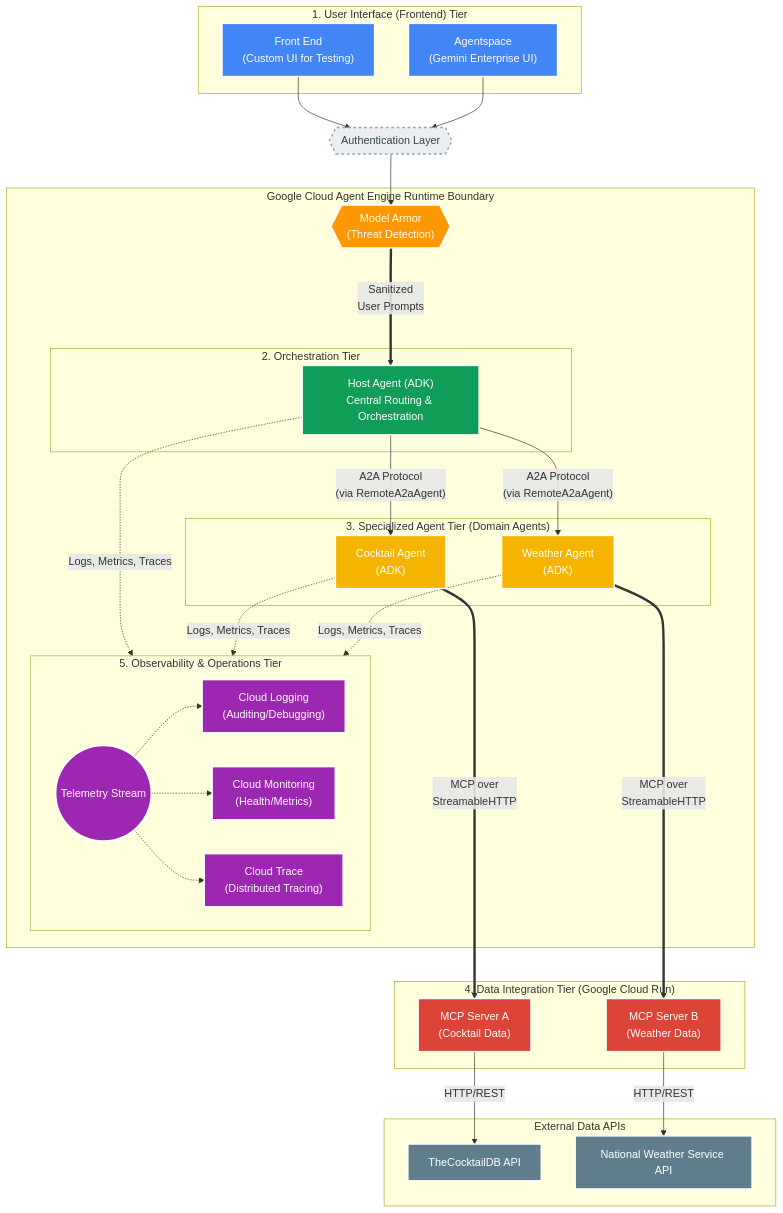
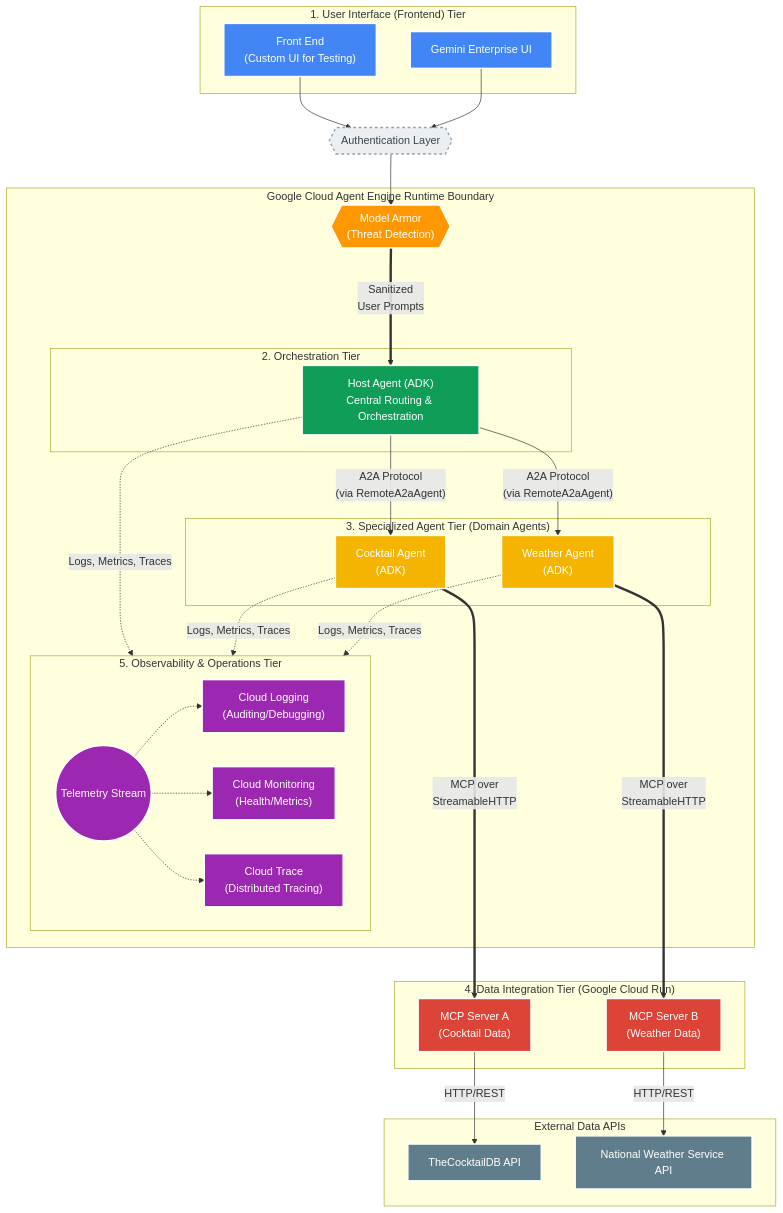
Before and after one commit to wadave/a2a-multiagent-ge-cicd: the diagram in README.md, drawn with Mermaid. The commit also changed other lines of this file and 1 other file, not shown here.

Commit message:
chore: change agentspace to gemini enterprise in md files

````diff
--- a/README.md
+++ b/README.md
@@ -80,81 +80,81 @@
 ```mermaid
 graph TD
     %% Define Styles & Colors
     classDef ui fill:#4285F4,stroke:#fff,stroke-width:2px,color:#fff
     classDef auth fill:#ECEFF1,stroke:#90A4AE,stroke-width:2px,stroke-dasharray: 4 4,color:#37474F
     classDef host fill:#0F9D58,stroke:#fff,stroke-width:2px,color:#fff
     classDef agent fill:#F4B400,stroke:#fff,stroke-width:2px,color:#fff
     classDef mcp fill:#DB4437,stroke:#fff,stroke-width:2px,color:#fff
     classDef api fill:#607D8B,stroke:#fff,stroke-width:2px,color:#fff
     classDef obs fill:#9C27B0,stroke:#fff,stroke-width:2px,color:#fff
     classDef security fill:#FF9800,stroke:#fff,stroke-width:2px,color:#fff
 
     %% 1. User Interface Tier
     subgraph Tier1 ["1. User Interface (Frontend) Tier"]
         UI1["Front End<br/>(Custom UI for Testing)"]:::ui
-        UI2["Agentspace<br/>(Gemini Enterprise UI)"]:::ui
+        UI2["Gemini Enterprise UI"]:::ui
     end
 
     Auth{{"Authentication Layer"}}:::auth
     MA{{"Model Armor<br/>(Threat Detection)"}}:::security
     UI1 --> Auth
     UI2 --> Auth
     Auth --> MA
 
     %% Google Cloud Agent Engine Boundary
     subgraph GCP_AE ["Google Cloud Agent Engine Runtime Boundary"]
         
         %% 2. Orchestration Tier
         subgraph Tier2 ["2. Orchestration Tier"]
             HA["Host Agent (ADK)<br/>Central Routing & Orchestration"]:::host
         end
 
         %% 3. Specialized Agent Tier
         subgraph Tier3 ["3. Specialized Agent Tier (Domain Agents)"]
             CA["Cocktail Agent<br/>(ADK)"]:::agent
             WA["Weather Agent<br/>(ADK)"]:::agent
         end
 
         %% 5. Observability & Operations Tier
         subgraph Tier5 ["5. Observability & Operations Tier"]
             direction LR
             TelemetryBus(("Telemetry Stream")):::obs
             LOG["Cloud Logging<br/>(Auditing/Debugging)"]:::obs
             MON["Cloud Monitoring<br/>(Health/Metrics)"]:::obs
             TRC["Cloud Trace<br/>(Distributed Tracing)"]:::obs
             
             TelemetryBus -.-> LOG
             TelemetryBus -.-> MON
             TelemetryBus -.-> TRC
         end
 
         %% Internal Engine Connections
         MA == "Sanitized<br/>User Prompts" ===> HA
         HA -- "A2A Protocol<br/>(via RemoteA2aAgent)" --> CA
         HA -- "A2A Protocol<br/>(via RemoteA2aAgent)" --> WA
 
         %% Telemetry Flow (All agents send to all 3 tools)
         HA -. "Logs, Metrics, Traces" .-> TelemetryBus
         CA -. "Logs, Metrics, Traces" .-> TelemetryBus
         WA -. "Logs, Metrics, Traces" .-> TelemetryBus
     end
 
     %% 4. Data Integration Tier
     subgraph Tier4 ["4. Data Integration Tier (Google Cloud Run)"]
         CMCP["MCP Server A<br/>(Cocktail Data)"]:::mcp
         WMCP["MCP Server B<br/>(Weather Data)"]:::mcp
     end
 
     %% External Connections
     CA == "MCP over<br/>StreamableHTTP" ===> CMCP
     WA == "MCP over<br/>StreamableHTTP" ===> WMCP
 
     %% External APIs
     subgraph Ext_APIs ["External Data APIs"]
         CDB["TheCocktailDB API"]:::api
         NWS["National Weather Service API"]:::api
     end
 
     CMCP -- "HTTP/REST" --> CDB
     WMCP -- "HTTP/REST" --> NWS
 ```
````
